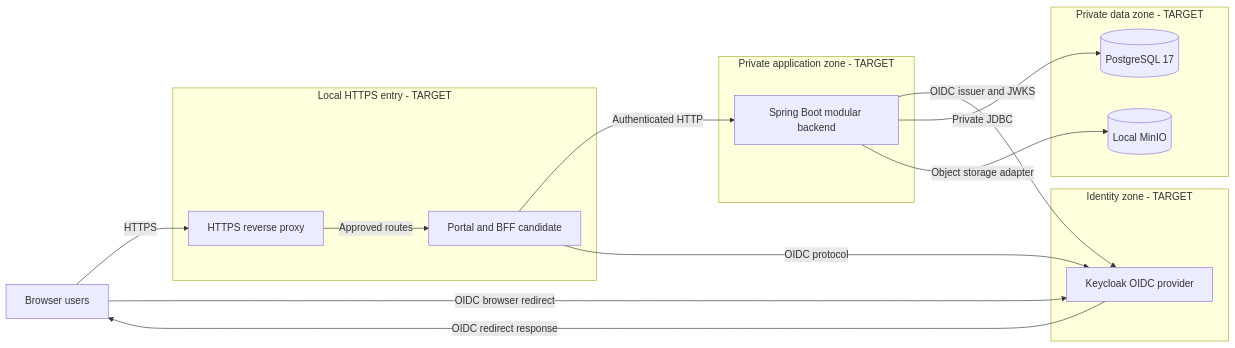
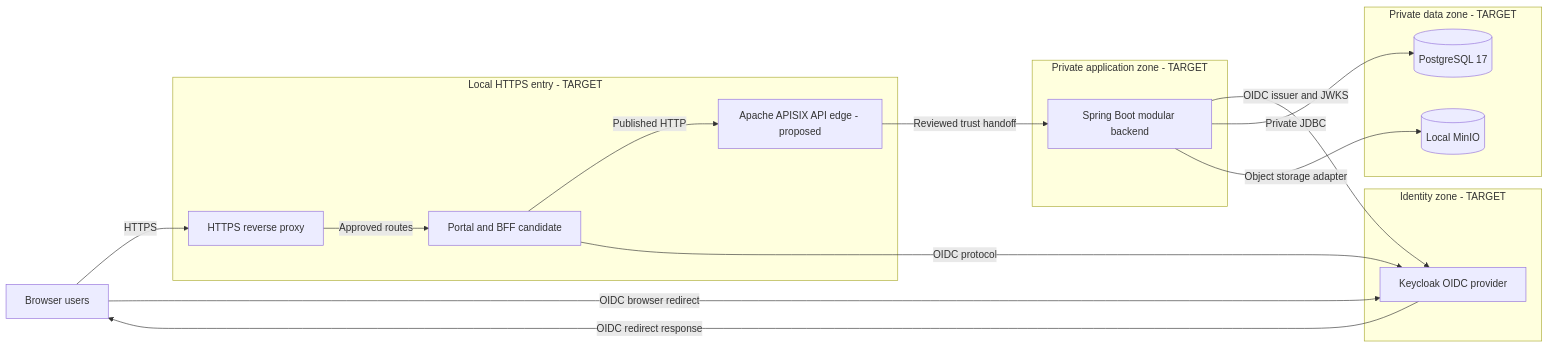
The diagram in docs/01-architecture/deployment-topology.md (lexuanbao258-collab/dxos-open-core), drawn with Mermaid before and after one commit. The commit also changed other lines of this file and 31 other files, not shown here.

Commit message:
docs(architecture): align core contracts and replaceable adapters

````diff
--- a/docs/01-architecture/deployment-topology.md
+++ b/docs/01-architecture/deployment-topology.md
@@ -34,27 +36,29 @@
 ```mermaid
 flowchart LR
   USER["Browser users"]
   subgraph FRONT["Local HTTPS entry - TARGET"]
     INGRESS["HTTPS reverse proxy"]
     PORTAL["Portal and BFF candidate"]
+    EDGE["Apache APISIX API edge - proposed"]
   end
   subgraph APP["Private application zone - TARGET"]
     BE["Spring Boot modular backend"]
   end
   subgraph AUTH["Identity zone - TARGET"]
     KC["Keycloak OIDC provider"]
   end
   subgraph DATA["Private data zone - TARGET"]
     PG[("PostgreSQL 17")]
     MO[("Local MinIO")]
   end
   USER -->|HTTPS| INGRESS
   INGRESS -->|Approved routes| PORTAL
-  PORTAL -->|Authenticated HTTP| BE
+  PORTAL -->|Published HTTP| EDGE
+  EDGE -->|Reviewed trust handoff| BE
   USER -->|OIDC browser redirect| KC
   KC -->|OIDC redirect response| USER
   PORTAL -->|OIDC protocol| KC
   BE -->|OIDC issuer and JWKS| KC
   BE -->|Private JDBC| PG
   BE -->|Object storage adapter| MO
 ```
````
